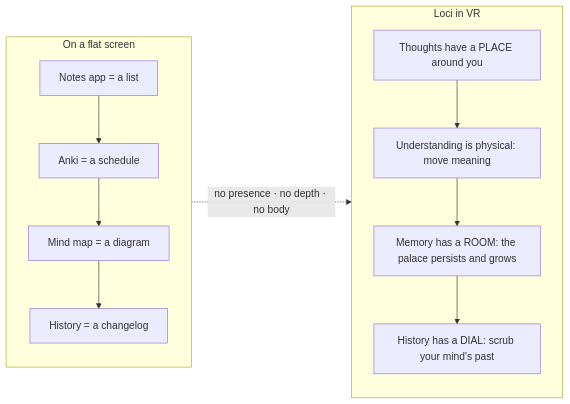
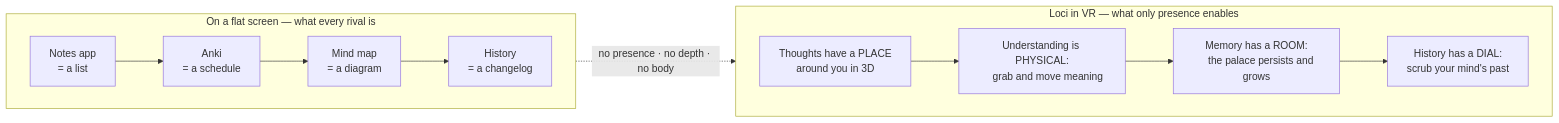
Before and after one commit to 0xv3nm09/loci-memory-bank: the tenth of 10 diagrams in COMPETITION_STRATEGY.md, drawn with Mermaid. The commit also changed other lines of this file, not shown here.

First line of the commit message:
COMPETITION_STRATEGY.md: full technical rewrite with complex mermaid diagrams

````diff
--- a/COMPETITION_STRATEGY.md
+++ b/COMPETITION_STRATEGY.md
@@ -203,14 +352,24 @@
 ```mermaid
 flowchart LR
-  subgraph FLAT["On a flat screen"]
-    N1["Notes app = a list"] --> N2["Anki = a schedule"]
-    N2 --> N3["Mind map = a diagram"]
-    N3 --> N4["History = a changelog"]
+  subgraph FLAT["On a flat screen — what every rival is"]
+    direction LR
+    N1["Notes app
+    = a list"] --> N2["Anki
+    = a schedule"]
+    N2 --> N3["Mind map
+    = a diagram"]
+    N3 --> N4["History
+    = a changelog"]
   end
-  subgraph VR["Loci in VR"]
-    L1["Thoughts have a PLACE around you"] --> L2["Understanding is physical: move meaning"]
-    L2 --> L3["Memory has a ROOM: the palace persists and grows"]
-    L3 --> L4["History has a DIAL: scrub your mind's past"]
+  subgraph VR["Loci in VR — what only presence enables"]
+    direction LR
+    L1["Thoughts have a PLACE
+    around you in 3D"] --> L2["Understanding is PHYSICAL:
+    grab and move meaning"]
+    L2 --> L3["Memory has a ROOM:
+    the palace persists and grows"]
+    L3 --> L4["History has a DIAL:
+    scrub your mind's past"]
   end
   FLAT -.->|"no presence · no depth · no body"| VR
 ```
````
